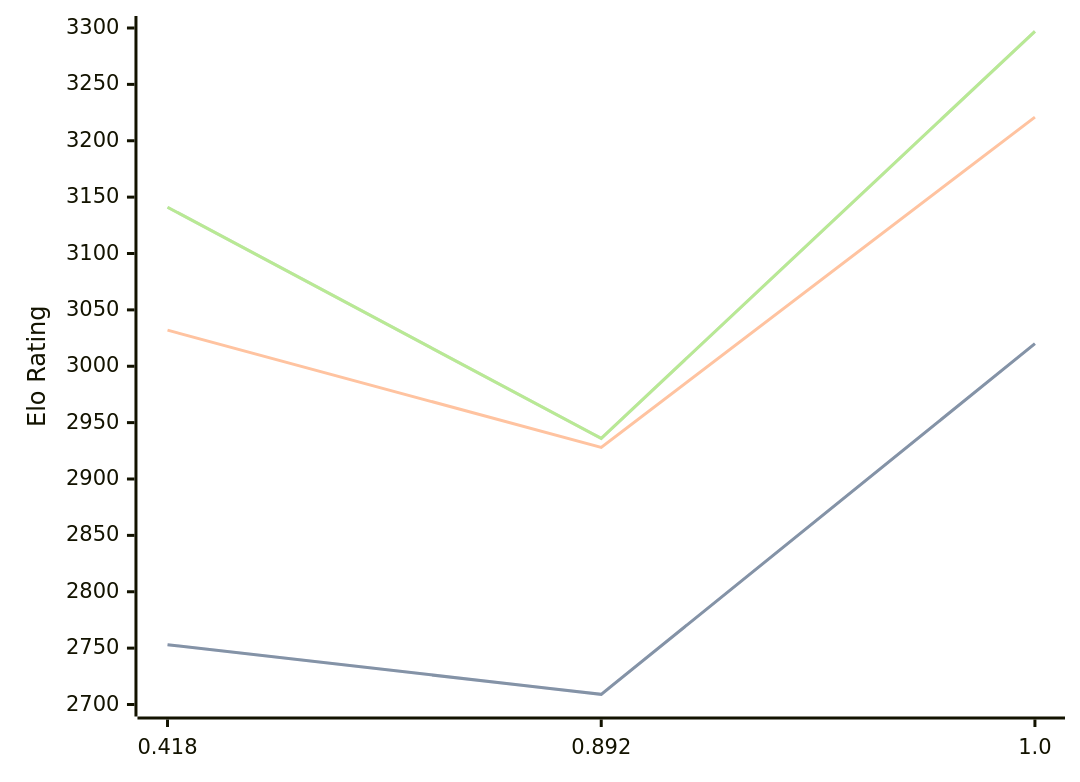
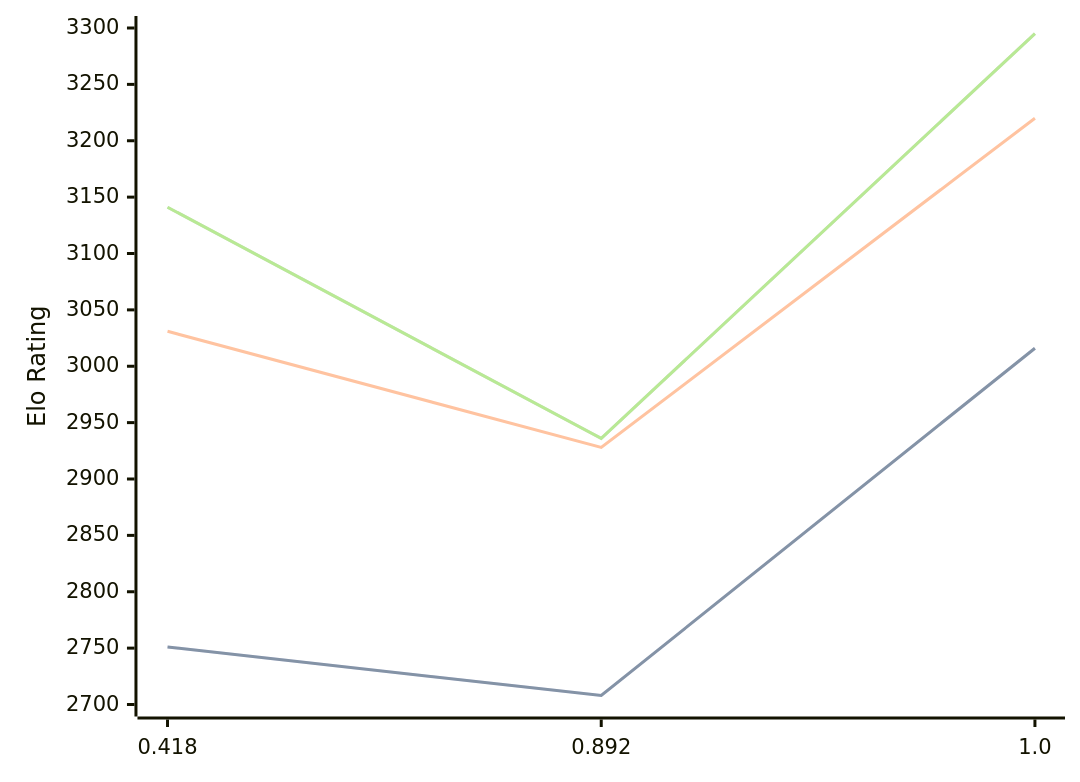
Before and after one commit to computer-chess-index/cci: the diagram in engines/Malika.md, drawn with Mermaid. The commit also changed other lines of this file, not shown here.

Commit message:
Update CCI Ratings (ELO VLTC) - 2026-04-20

````diff
--- a/engines/Malika.md
+++ b/engines/Malika.md
@@ -33,11 +33,11 @@
 ```mermaid
 %%{init: {"theme":"base","themeVariables":{"seriesColors:['#a3a3a3','#222221','#faa371']}}}%%
 xychart-beta
   x-axis ["0.418", "0.892", "1.0"]
   y-axis "Elo Rating" 2700 --> 3300
-  line "STC (8.0+0.08s)" [2753, 2709, 3020]
-  line "STC (8.0+0.08s)" [2753, 2709, 3020]
-  line "LTC (60.0+0.60s)" [3032, 2928, 3221]
-  line "VLTC (2m24s+1.12s)" [3141, 2936, 3297]
-  line "VLTC (2m24s+1.12s)" [3141, 2936, 3297]
+  line "STC (8.0+0.08s)" [2751, 2708, 3016]
+  line "STC (8.0+0.08s)" [2751, 2708, 3016]
+  line "LTC (60.0+0.60s)" [3031, 2928, 3220]
+  line "VLTC (2m24s+1.12s)" [3141, 2936, 3295]
+  line "VLTC (2m24s+1.12s)" [3141, 2936, 3295]
 ```
````
